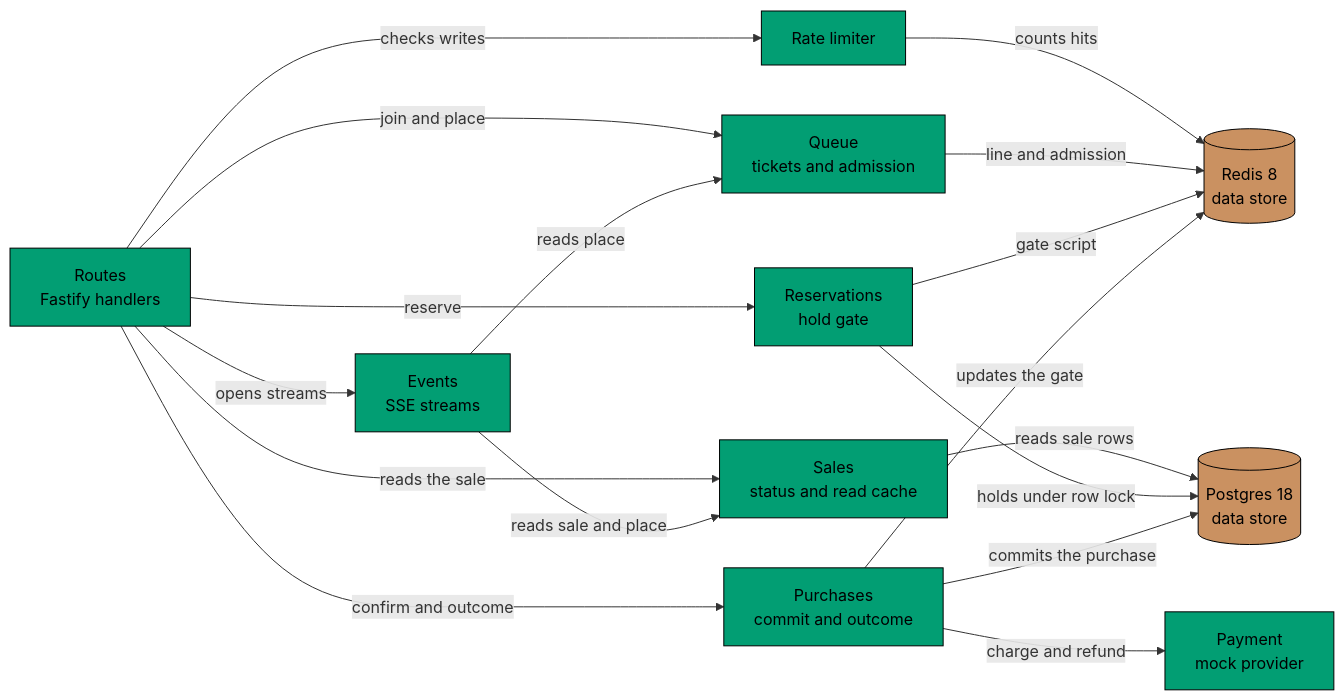
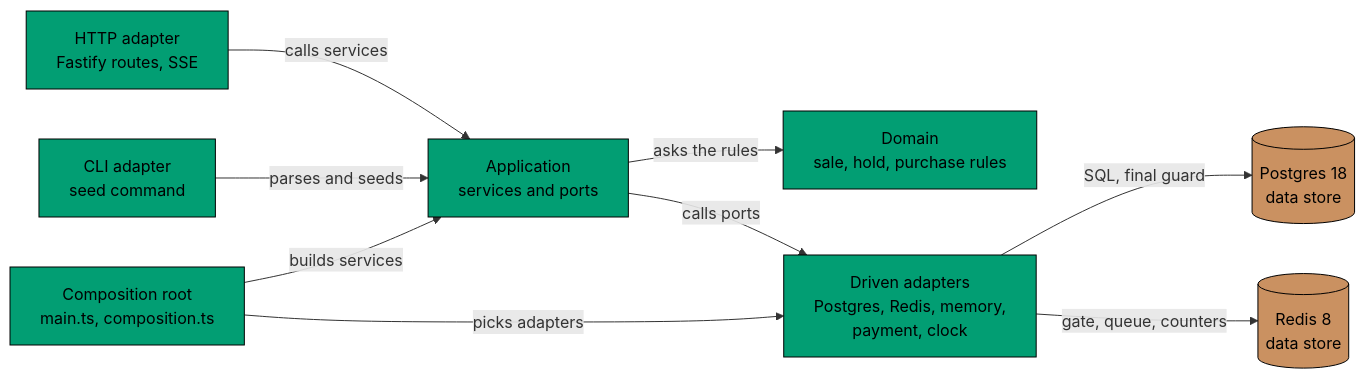
One commit to wahidyankf/coding-itv-js-flashsale changed the diagram in specs/flash/architecture/components.md. Above: the diagram before and after it, drawn with Mermaid. The commit also changed other lines of this file and 6 other files, not shown here.

````diff
--- a/specs/flash/architecture/components.md
+++ b/specs/flash/architecture/components.md
@@ -7,36 +7,26 @@
 ```mermaid
 flowchart LR
   accTitle: flash-be components
-  accDescr: The routes call the rate limiter on write requests and call the sales, queue, reservations, purchases and events parts. Sales, reservations and purchases use Postgres. The rate limiter, queue, reservations and purchases use Redis. Purchases call the mock payment provider inside the process.
-  routes["Routes<br/>Fastify handlers"]
-  limiter["Rate limiter"]
-  sales["Sales<br/>status and read cache"]
-  queue["Queue<br/>tickets and admission"]
-  reservations["Reservations<br/>hold gate"]
-  purchases["Purchases<br/>commit and outcome"]
-  events["Events<br/>SSE streams"]
-  payment["Payment<br/>mock provider"]
+  accDescr: The HTTP and command line adapters call the application services. The services use the domain model and call the ports. The Postgres, Redis, memory, payment and clock adapters implement the ports. The composition root chooses which adapter sits behind each port.
+  http["HTTP adapter<br/>Fastify routes, SSE"]
+  cli["CLI adapter<br/>seed command"]
+  app["Application<br/>services and ports"]
+  domain["Domain<br/>sale, hold, purchase rules"]
+  driven["Driven adapters<br/>Postgres, Redis, memory,<br/>payment, clock"]
+  root["Composition root<br/>main.ts, composition.ts"]
   pg[("Postgres 18<br/>data store")]
   redis[("Redis 8<br/>data store")]
-  routes -->|checks writes| limiter
-  routes -->|reads the sale| sales
-  routes -->|join and place| queue
-  routes -->|reserve| reservations
-  routes -->|confirm and outcome| purchases
-  routes -->|opens streams| events
-  events -->|reads sale and place| sales
-  events -->|reads place| queue
-  limiter -->|counts hits| redis
-  sales -->|reads sale rows| pg
-  queue -->|line and admission| redis
-  reservations -->|gate script| redis
-  reservations -->|holds under row lock| pg
-  purchases -->|charge and refund| payment
-  purchases -->|commits the purchase| pg
-  purchases -->|updates the gate| redis
+  http -->|calls services| app
+  cli -->|parses and seeds| app
+  app -->|asks the rules| domain
+  app -->|calls ports| driven
+  driven -->|SQL, final guard| pg
+  driven -->|gate, queue, counters| redis
+  root -->|picks adapters| driven
+  root -->|builds services| app
   classDef component fill:#029E73,stroke:#000000,color:#000000
   classDef store fill:#CA9161,stroke:#000000,color:#000000
   classDef default fill:#808080,stroke:#000000,color:#000000
-  class routes,limiter,sales,queue,reservations,purchases,events,payment component
+  class http,cli,app,domain,driven,root component
   class pg,redis store
 ```
````
